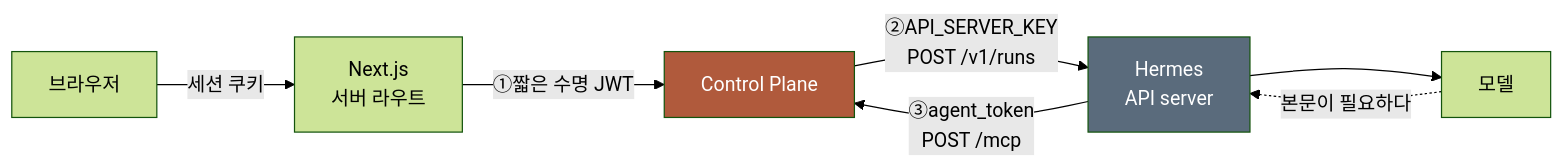
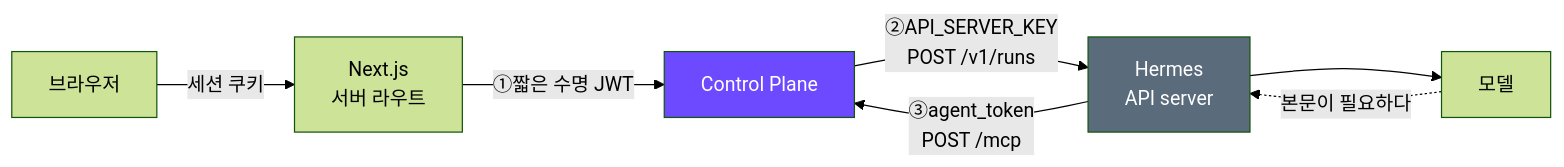
The second of 28 diagrams in docs/flow.md (jon890/fos-assistant), drawn with Mermaid (forest theme) before and after one commit. The commit also changed other lines of this file and 18 other files, not shown here.

````diff
--- a/docs/flow.md
+++ b/docs/flow.md
@@ -45,18 +45,18 @@
 ```mermaid
 flowchart LR
     B["브라우저"]
     W["Next.js<br/>서버 라우트"]
     C["Control Plane"]
     H["Hermes<br/>API server"]
     M["모델"]
 
     B -->|"세션 쿠키"| W
     W -->|"①짧은 수명 JWT"| C
     C -->|"②API_SERVER_KEY<br/>POST /v1/runs"| H
     H --> M
     M -.->|"본문이 필요하다"| H
     H -->|"③agent_token<br/>POST /mcp"| C
 
-    style C fill:#B05A3C,color:#fff
+    style C fill:#6D4AFF,color:#fff
     style H fill:#5A6B7C,color:#fff
 ```
````
